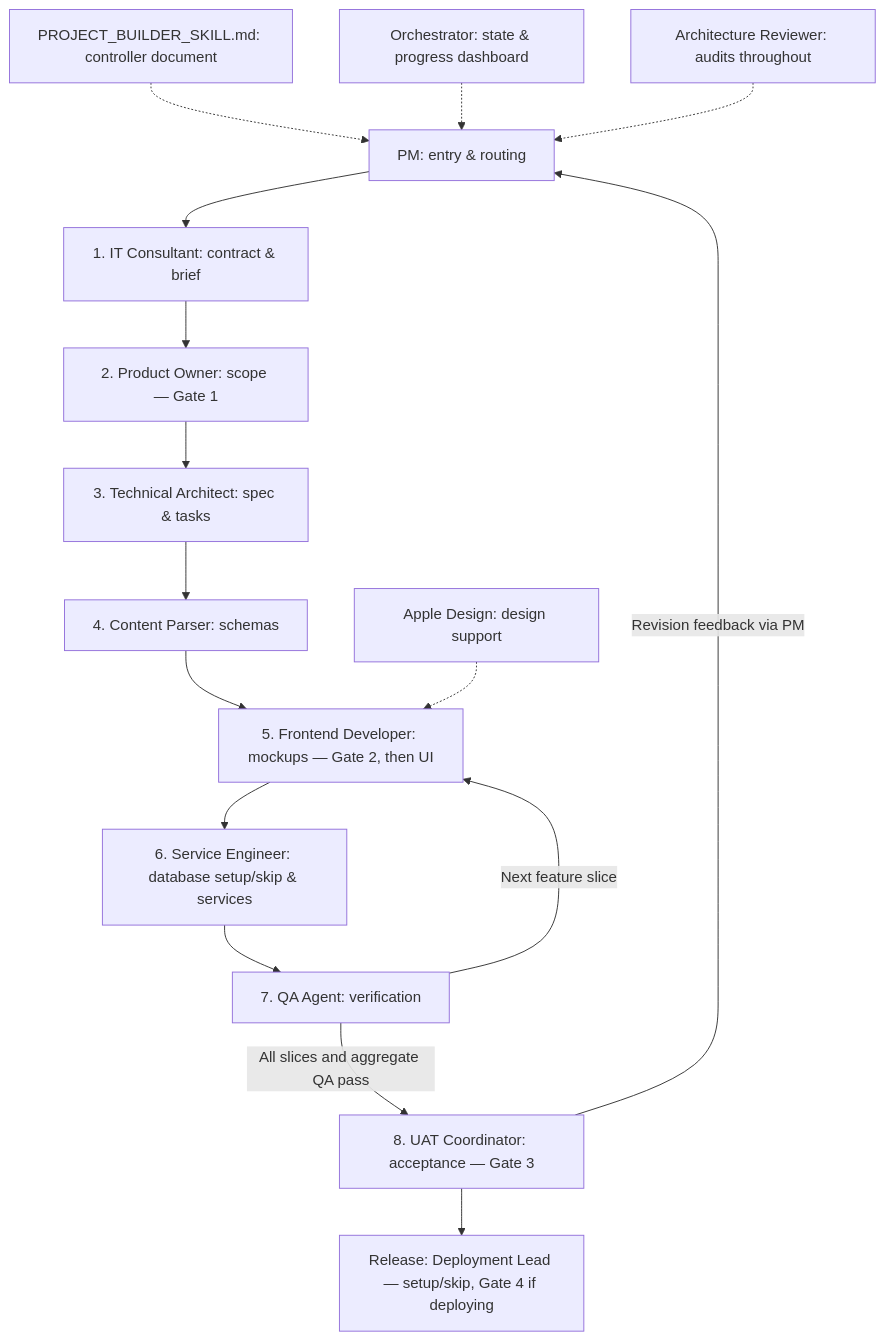
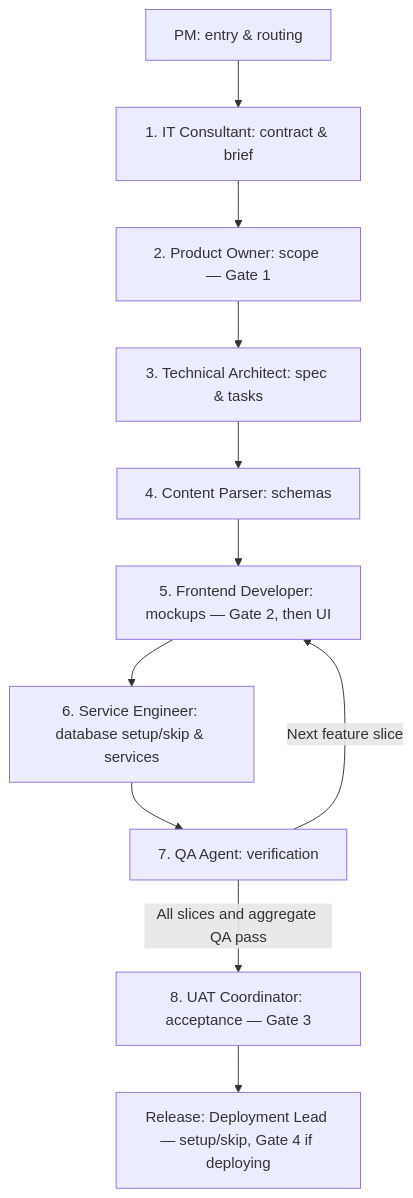
The diagram in README.md (gootyboy/pm-skills), drawn with Mermaid before and after one commit. The commit also changed other lines of this file and 8 other files, not shown here.

````diff
--- a/README.md
+++ b/README.md
@@ -27,18 +46,13 @@
 ```mermaid
 flowchart TB
     PM["PM: entry & routing"] --> IT["1. IT Consultant: contract & brief"]
     IT --> PO["2. Product Owner: scope — Gate 1"]
     PO --> TA["3. Technical Architect: spec & tasks"]
     TA --> CP["4. Content Parser: schemas"]
     CP --> FE["5. Frontend Developer: mockups — Gate 2, then UI"]
     FE --> SE["6. Service Engineer: database setup/skip & services"]
     SE --> QA["7. QA Agent: verification"]
     QA -->|All slices and aggregate QA pass| UAT["8. UAT Coordinator: acceptance — Gate 3"]
     QA -->|Next feature slice| FE
     UAT --> DEP["Release: Deployment Lead — setup/skip, Gate 4 if deploying"]
-    UAT -->|Revision feedback via PM| PM
-    APPLE["Apple Design: design support"] -.-> FE
-    CTRL["PROJECT_BUILDER_SKILL.md: controller document"] -.-> PM
-    ORCH["Orchestrator: state & progress dashboard"] -.-> PM
-    REV["Architecture Reviewer: audits throughout"] -.-> PM
 ```
````
